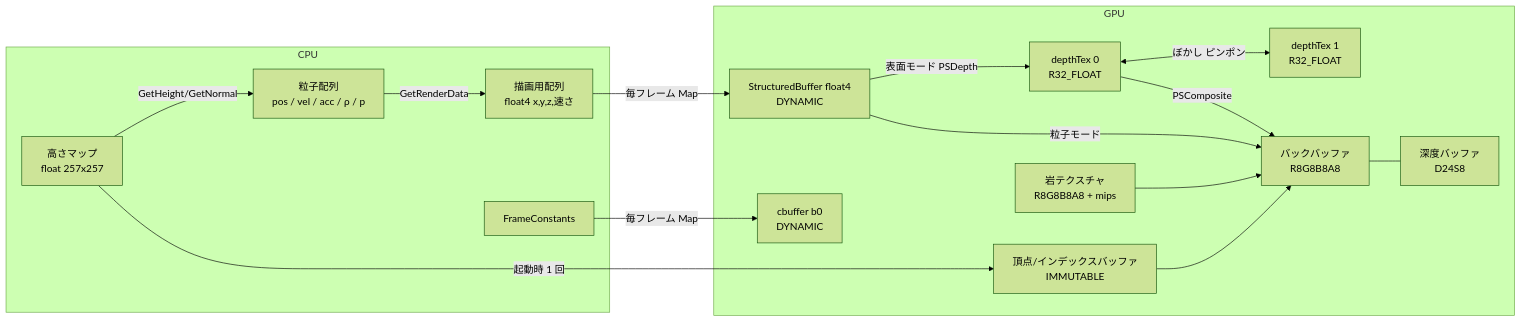
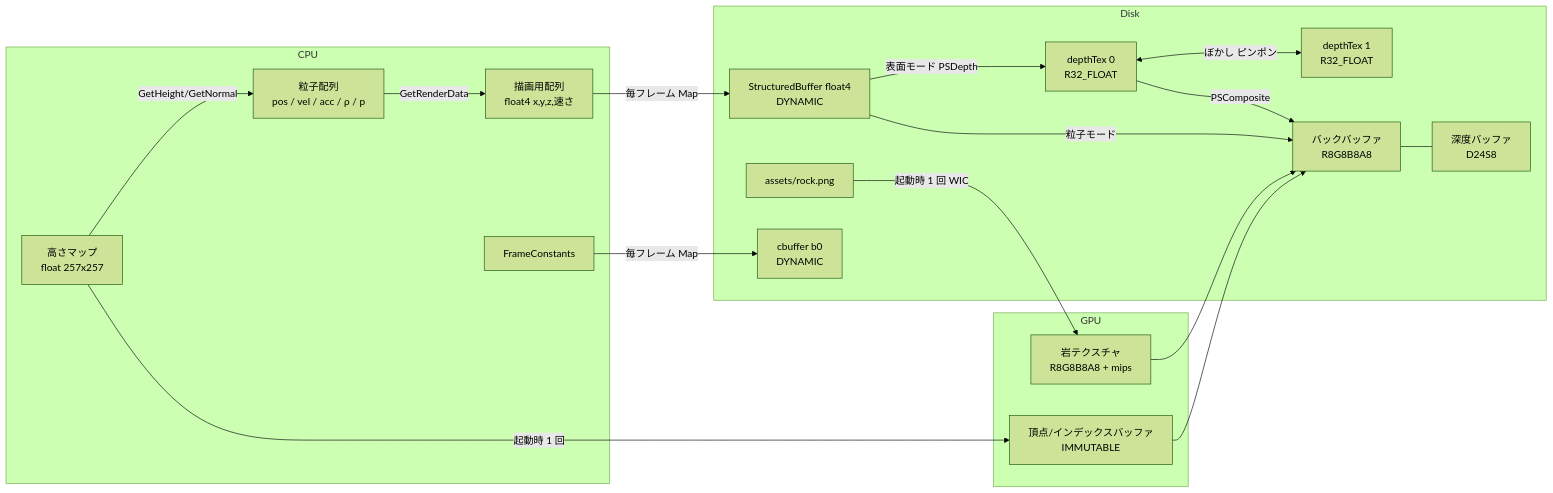
Diagram 11 of 11 in docs/FLOW.md (githubtarohario/water_from_mountain), drawn with Mermaid (forest theme) before and after one commit. The commit also changed other lines of this file and 13 other files, not shown here.

First line of the commit message:
岩テクスチャを画像ファイル (assets/rock.png) から読み込むように変更

````diff
--- a/docs/FLOW.md
+++ b/docs/FLOW.md
@@ -223,31 +228,35 @@
 ```mermaid
 graph LR
     subgraph CPU
         HM[高さマップ<br/>float 257x257]
         PD[粒子配列<br/>pos / vel / acc / ρ / p]
         RD[描画用配列<br/>float4 x,y,z,速さ]
         FC[FrameConstants]
     end
     subgraph GPU
         VB[頂点/インデックスバッファ<br/>IMMUTABLE]
         TX[岩テクスチャ<br/>R8G8B8A8 + mips]
+    end
+    subgraph Disk
+        IMG[assets/rock.png]
         SB[StructuredBuffer float4<br/>DYNAMIC]
         CB[cbuffer b0<br/>DYNAMIC]
         DT0[depthTex 0<br/>R32_FLOAT]
         DT1[depthTex 1<br/>R32_FLOAT]
         BB[バックバッファ<br/>R8G8B8A8]
         DS[深度バッファ<br/>D24S8]
     end
+    IMG -->|起動時 1 回 WIC| TX
     HM -->|起動時 1 回| VB
     HM -->|GetHeight/GetNormal| PD
     PD -->|GetRenderData| RD
     RD -->|毎フレーム Map| SB
     FC -->|毎フレーム Map| CB
     VB --> BB
     TX --> BB
     SB -->|粒子モード| BB
     SB -->|表面モード PSDepth| DT0
     DT0 <-->|ぼかし ピンポン| DT1
     DT0 -->|PSComposite| BB
     BB --- DS
 ```
````
